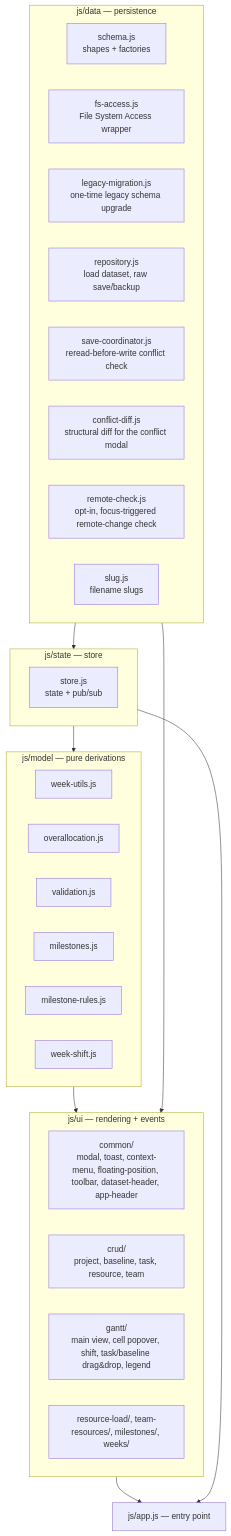
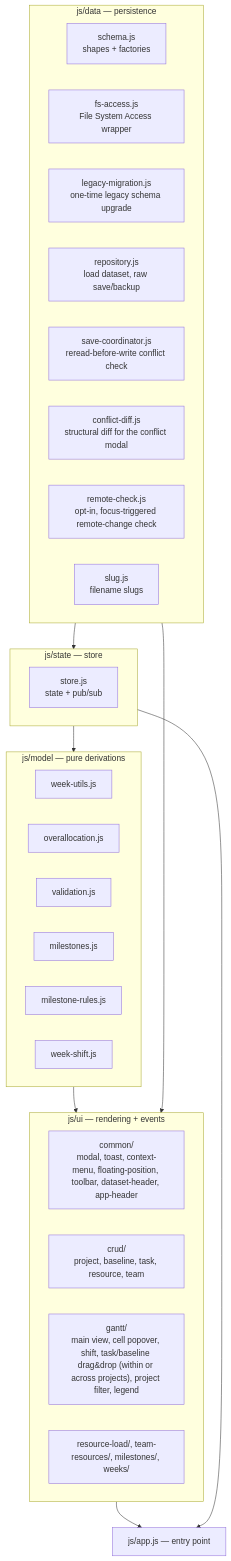
Before and after one commit to alexscarcella/Weavo: the first of 2 diagrams in docs/architecture.md, drawn with Mermaid. The commit also changed other lines of this file and 26 other files, not shown here.

Commit message:
New Drag&drop for Gantt View Filter tasks by project in Gantt View

````diff
--- a/docs/architecture.md
+++ b/docs/architecture.md
@@ -31,38 +31,38 @@
 ```mermaid
 flowchart TB
     subgraph data["js/data — persistence"]
         schema["schema.js\nshapes + factories"]
         fsaccess["fs-access.js\nFile System Access wrapper"]
         legacymig["legacy-migration.js\none-time legacy schema upgrade"]
         repository["repository.js\nload dataset, raw save/backup"]
         savecoord["save-coordinator.js\nreread-before-write conflict check"]
         conflictdiff["conflict-diff.js\nstructural diff for the conflict modal"]
         remotecheck["remote-check.js\nopt-in, focus-triggered remote-change check"]
         slug["slug.js\nfilename slugs"]
     end
     subgraph state["js/state — store"]
         store["store.js\nstate + pub/sub"]
     end
     subgraph model["js/model — pure derivations"]
         weekutils["week-utils.js"]
         overalloc["overallocation.js"]
         validation["validation.js"]
         milestones["milestones.js"]
         msrules["milestone-rules.js"]
         weekshift["week-shift.js"]
     end
     subgraph ui["js/ui — rendering + events"]
         common["common/\nmodal, toast, context-menu, floating-position, toolbar, dataset-header, app-header"]
         crud["crud/\nproject, baseline, task, resource, team"]
-        gantt["gantt/\nmain view, cell popover, shift, task/baseline drag&amp;drop, legend"]
+        gantt["gantt/\nmain view, cell popover, shift, task/baseline drag&amp;drop (within or across projects), project filter, legend"]
         other["resource-load/, team-resources/, milestones/, weeks/"]
     end
     app["js/app.js — entry point"]
 
     data --> state
     state --> model
     model --> ui
     data --> ui
     ui --> app
     state --> app
 ```
````
